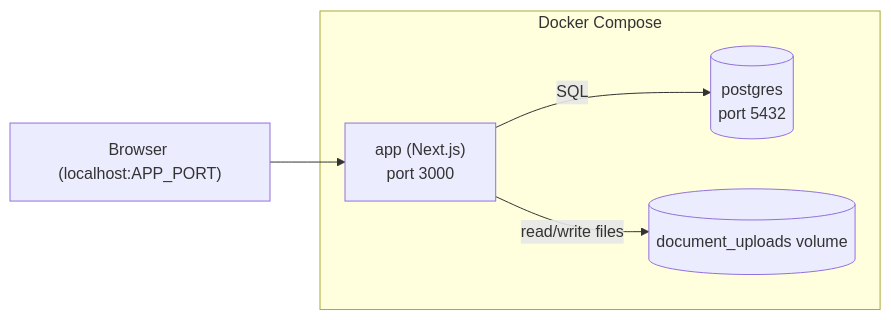
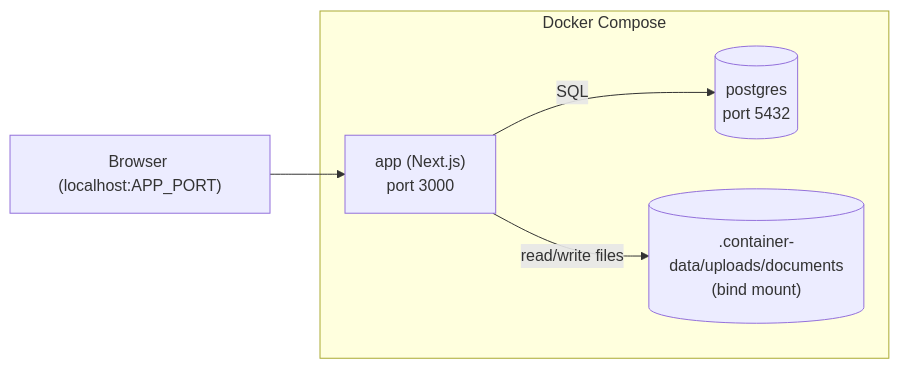
Before and after one commit to mihai2000q/CvTracker: the diagram in docs/05-deployment.md, drawn with Mermaid. The commit also changed other lines of this file and 2 other files, not shown here.

Commit message:
Docker - Bind mount for documents upload

````diff
--- a/docs/05-deployment.md
+++ b/docs/05-deployment.md
@@ -24,11 +24,12 @@
 ```mermaid
 flowchart LR
     subgraph Docker Compose
         app["app (Next.js)\nport 3000"]
         db[("postgres\nport 5432")]
-        vol[("document_uploads volume")]
+        vol[(".container-data/uploads/documents
+(bind mount)")]
     end
     app -- "SQL" --> db
     app -- "read/write files" --> vol
     browser["Browser (localhost:APP_PORT)"] --> app
 ```
````
